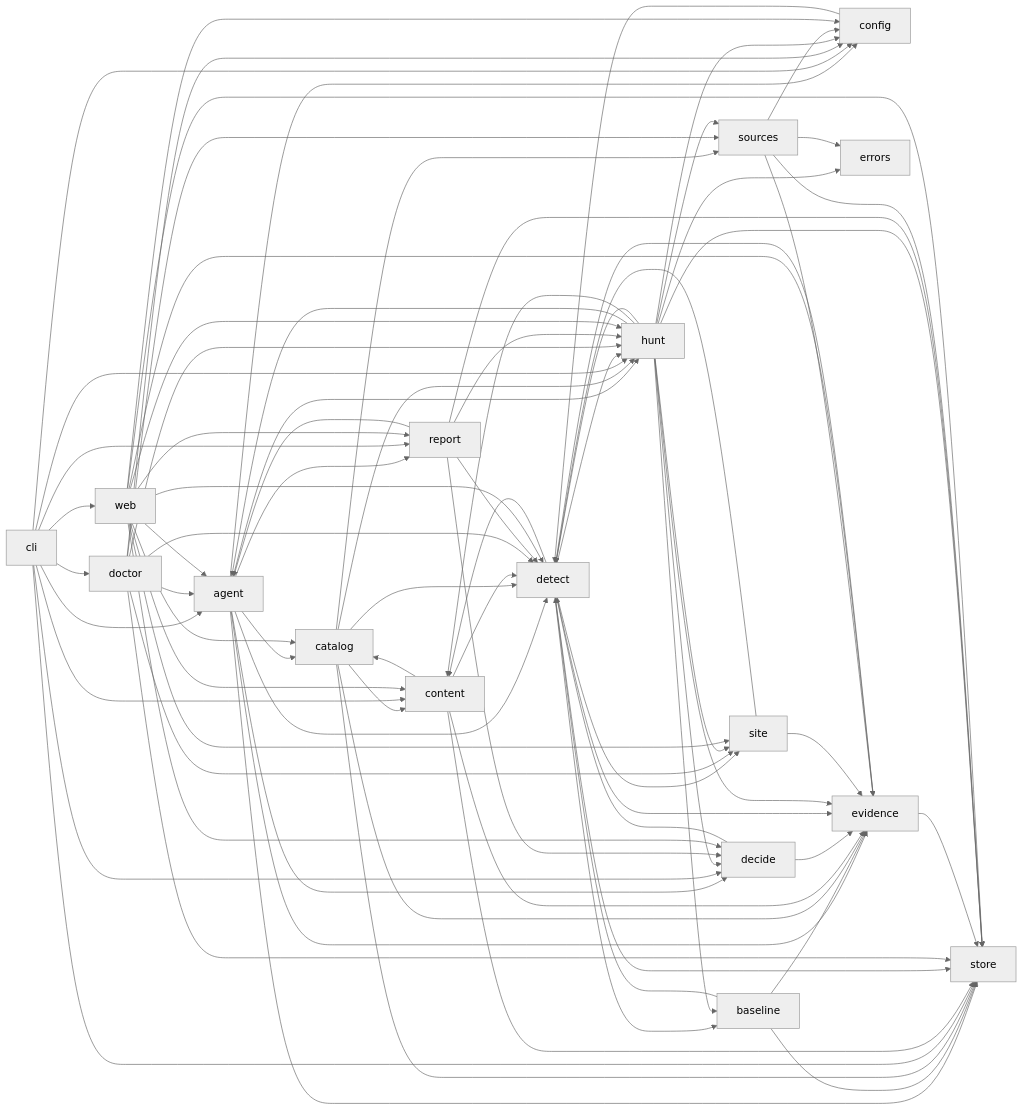
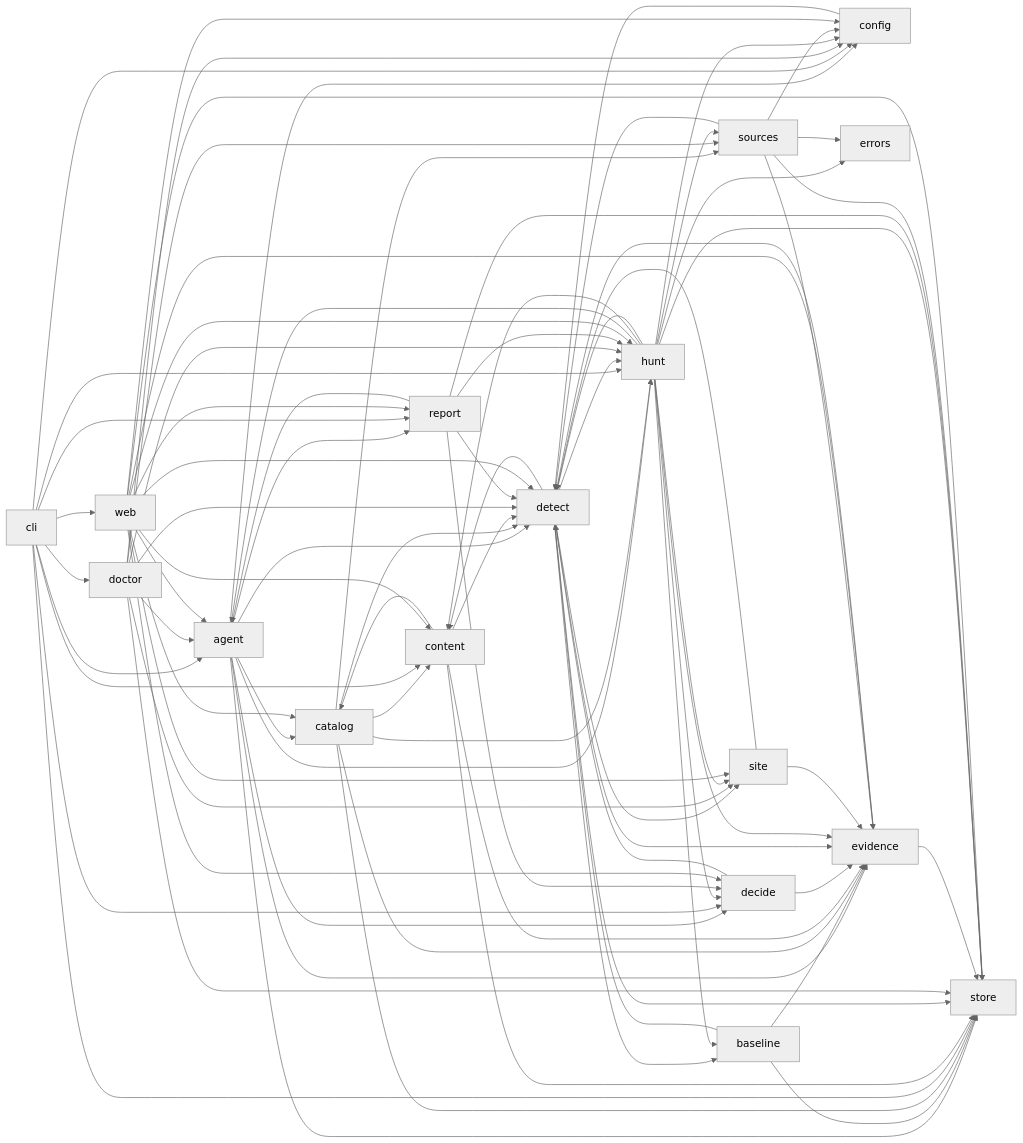
The diagram in docs/architecture/MODULE_MAP.md (nickthabib-cloud/ROMULUS), drawn with Mermaid (neutral theme) before and after one commit. The commit also changed other lines of this file and 8 other files, not shown here.

```diff
--- a/docs/architecture/MODULE_MAP.md
+++ b/docs/architecture/MODULE_MAP.md
@@ -349,6 +351,7 @@
   site --> detect
   site --> evidence
   sources --> config
+  sources --> detect
   sources --> errors
   sources --> evidence
   sources --> store
```
